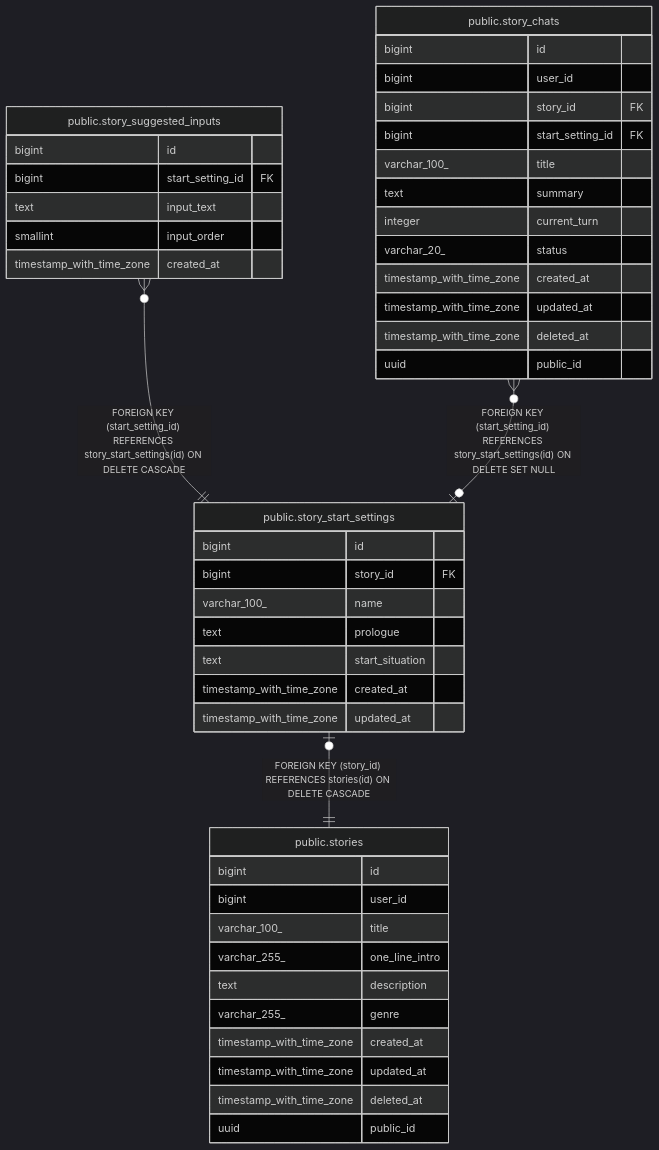
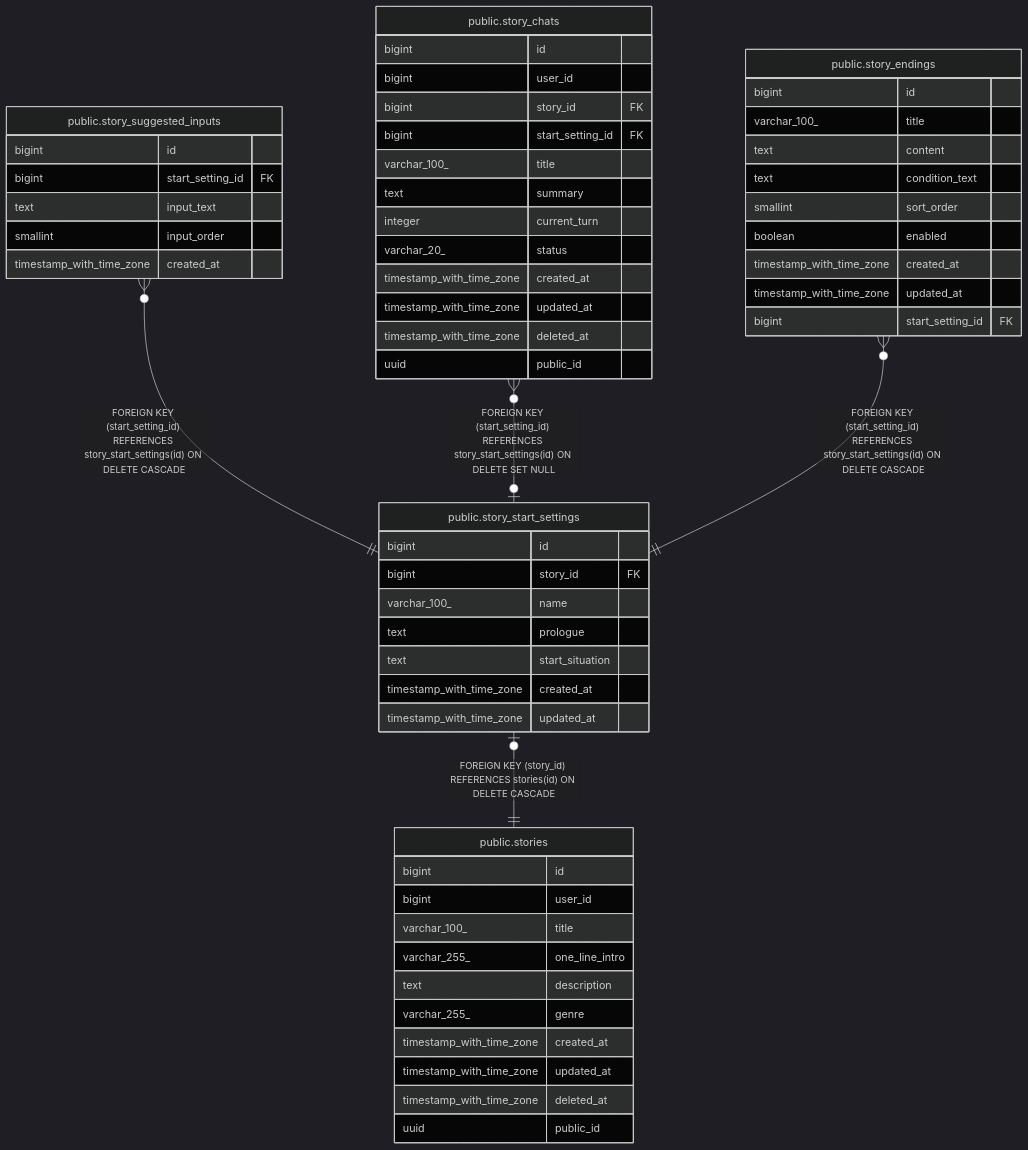
One commit to KIM-N-KANG/manyak-server changed the diagram in dbdoc/public.story_start_settings.md. Above: the diagram before and after it, drawn with Mermaid (dark theme). The commit also changed other lines of this file and 15 other files, not shown here.

````diff
--- a/dbdoc/public.story_start_settings.md
+++ b/dbdoc/public.story_start_settings.md
@@ -32,50 +32,62 @@
 ```mermaid
 erDiagram
 
 "public.story_suggested_inputs" }o--|| "public.story_start_settings" : "FOREIGN KEY (start_setting_id) REFERENCES story_start_settings(id) ON DELETE CASCADE"
 "public.story_chats" }o--o| "public.story_start_settings" : "FOREIGN KEY (start_setting_id) REFERENCES story_start_settings(id) ON DELETE SET NULL"
+"public.story_endings" }o--|| "public.story_start_settings" : "FOREIGN KEY (start_setting_id) REFERENCES story_start_settings(id) ON DELETE CASCADE"
 "public.story_start_settings" |o--|| "public.stories" : "FOREIGN KEY (story_id) REFERENCES stories(id) ON DELETE CASCADE"
 
 "public.story_start_settings" {
   bigint id
   bigint story_id FK
   varchar_100_ name
   text prologue
   text start_situation
   timestamp_with_time_zone created_at
   timestamp_with_time_zone updated_at
 }
 "public.story_suggested_inputs" {
   bigint id
   bigint start_setting_id FK
   text input_text
   smallint input_order
   timestamp_with_time_zone created_at
 }
 "public.story_chats" {
   bigint id
   bigint user_id
   bigint story_id FK
   bigint start_setting_id FK
   varchar_100_ title
   text summary
   integer current_turn
   varchar_20_ status
   timestamp_with_time_zone created_at
   timestamp_with_time_zone updated_at
   timestamp_with_time_zone deleted_at
   uuid public_id
 }
+"public.story_endings" {
+  bigint id
+  varchar_100_ title
+  text content
+  text condition_text
+  smallint sort_order
+  boolean enabled
+  timestamp_with_time_zone created_at
+  timestamp_with_time_zone updated_at
+  bigint start_setting_id FK
+}
 "public.stories" {
   bigint id
   bigint user_id
   varchar_100_ title
   varchar_255_ one_line_intro
   text description
   varchar_255_ genre
   timestamp_with_time_zone created_at
   timestamp_with_time_zone updated_at
   timestamp_with_time_zone deleted_at
   uuid public_id
 }
 ```
````
